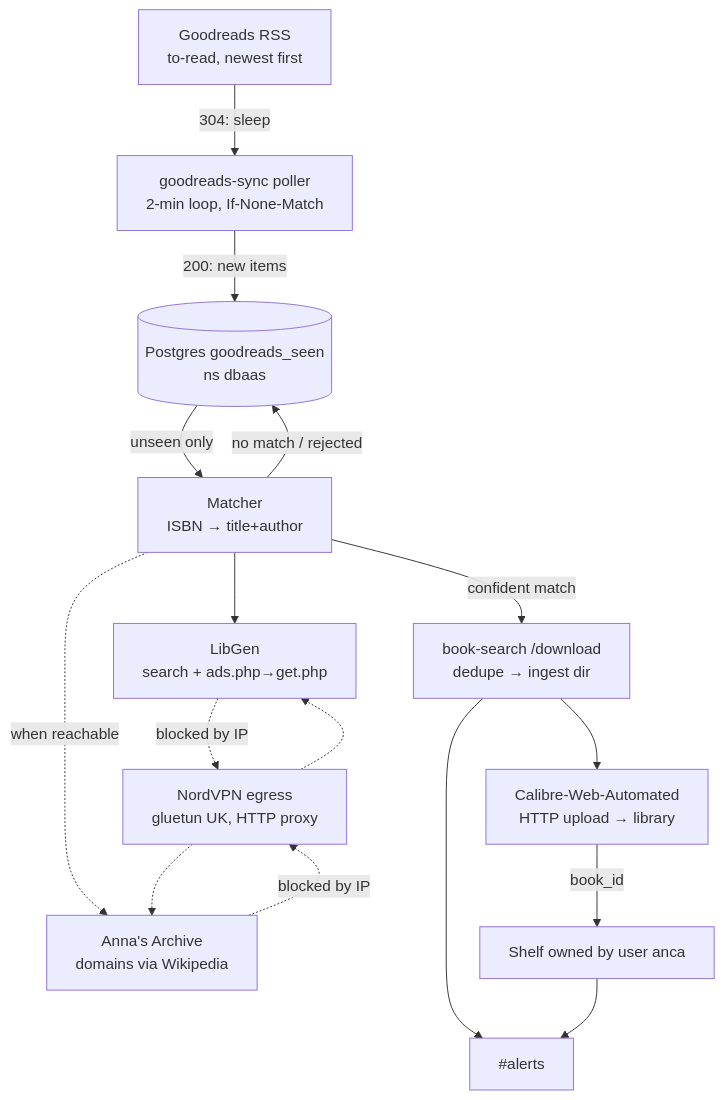
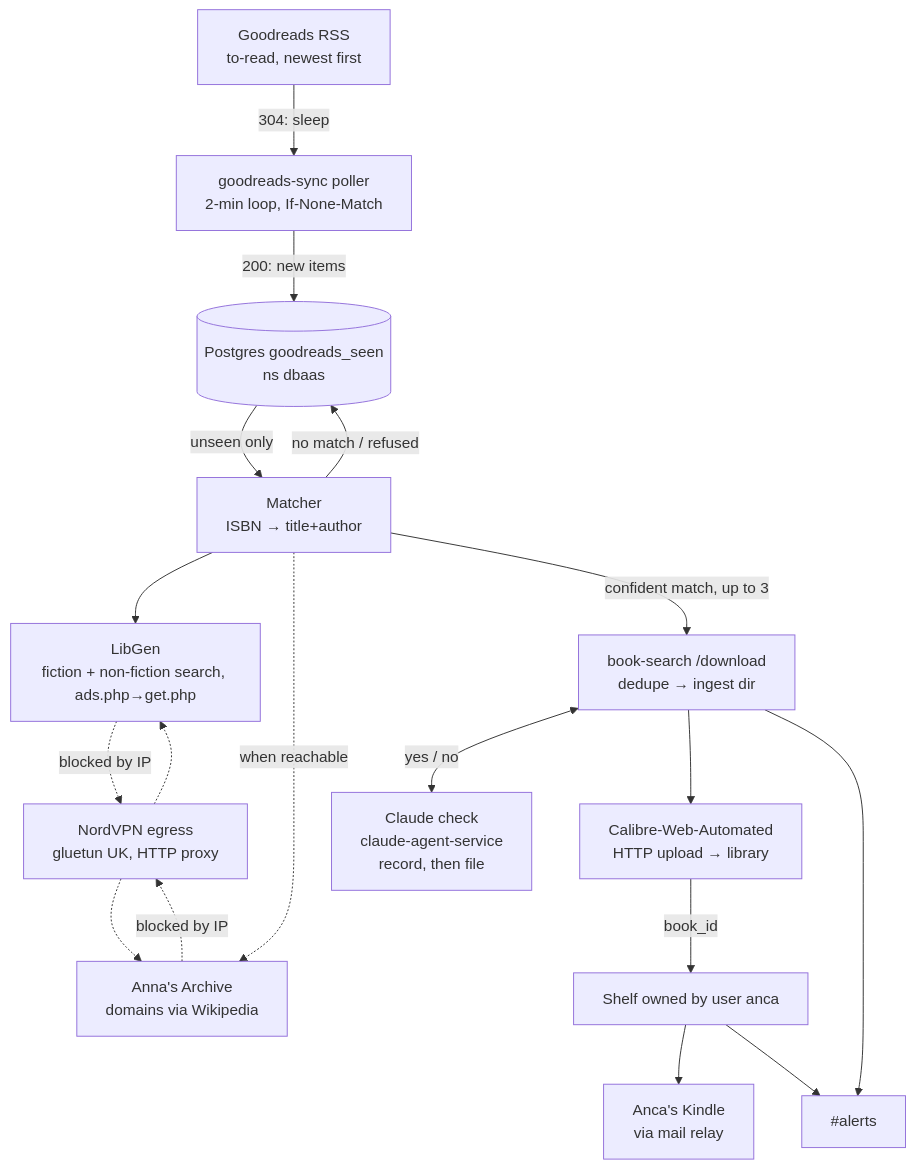
One commit to ViktorBarzin/audiobook-search changed the diagram in docs/2026-08-16-goodreads-auto-ingest.md. Above: the diagram before and after it, drawn with Mermaid. The commit also changed other lines of this file and 1 other file, not shown here.

````diff
--- a/docs/2026-08-16-goodreads-auto-ingest.md
+++ b/docs/2026-08-16-goodreads-auto-ingest.md
@@ -111,30 +113,34 @@
 ```mermaid
 flowchart TD
     GR["Goodreads RSS<br/>to-read, newest first"]
     P["goodreads-sync poller<br/>2-min loop, If-None-Match"]
     DB[("Postgres goodreads_seen<br/>ns dbaas")]
     M["Matcher<br/>ISBN → title+author"]
-    LG["LibGen<br/>search + ads.php→get.php"]
+    LG["LibGen<br/>fiction + non-fiction search, ads.php→get.php"]
+    CL["Claude check<br/>claude-agent-service<br/>record, then file"]
+    KI["Anca's Kindle<br/>via mail relay"]
     AA["Anna's Archive<br/>domains via Wikipedia"]
     VPN["NordVPN egress<br/>gluetun UK, HTTP proxy"]
     BS["book-search /download<br/>dedupe → ingest dir"]
     CWA["Calibre-Web-Automated<br/>HTTP upload → library"]
     SH["Shelf owned by user anca"]
     SL["#alerts"]
 
     GR -->|"304: sleep"| P
     P -->|"200: new items"| DB
     DB -->|"unseen only"| M
     M --> LG
     M -.->|"when reachable"| AA
     LG -.->|"blocked by IP"| VPN
     AA -.->|"blocked by IP"| VPN
     VPN -.-> LG
     VPN -.-> AA
-    M -->|"confident match"| BS
-    M -->|"no match / rejected"| DB
+    M -->|"confident match, up to 3"| BS
+    M -->|"no match / refused"| DB
+    BS <-->|"yes / no"| CL
     BS --> CWA
     CWA -->|"book_id"| SH
+    SH --> KI
     BS --> SL
     SH --> SL
 ```
````
